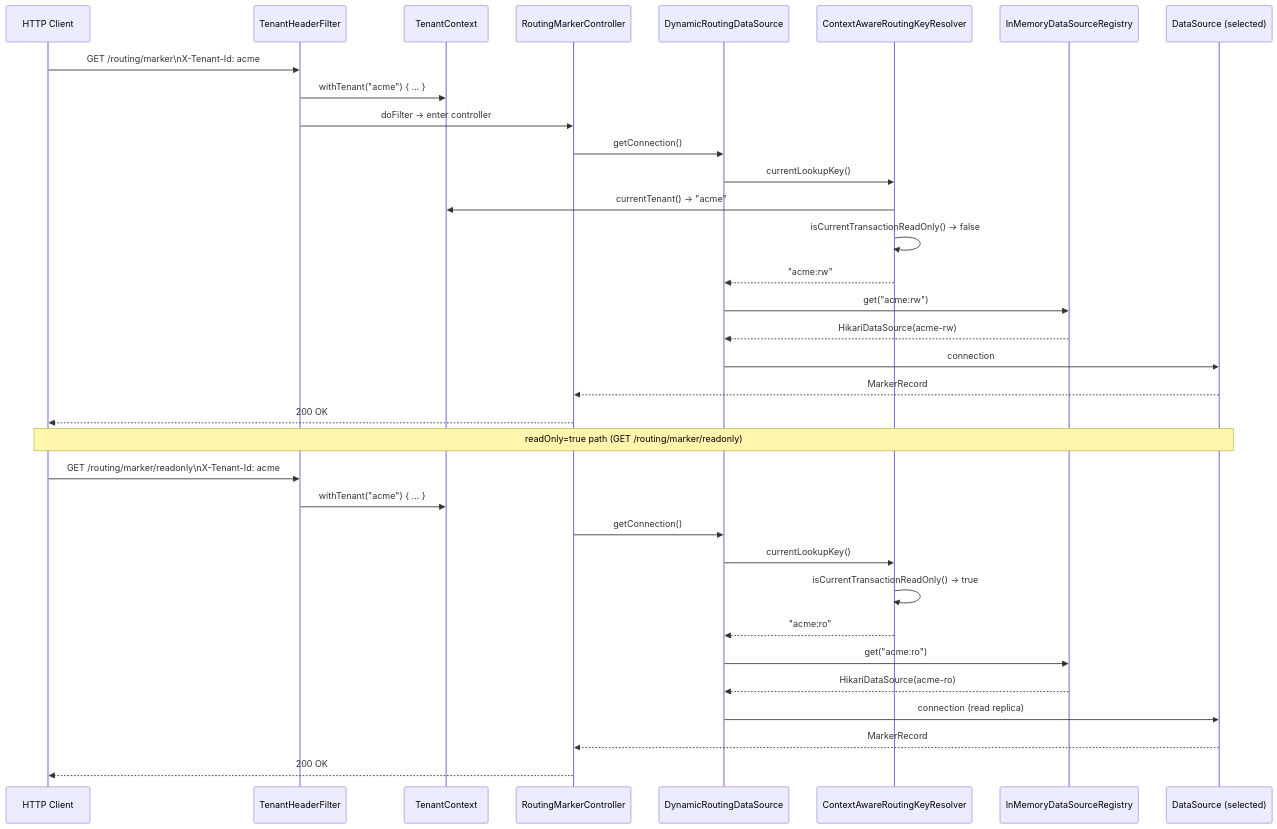
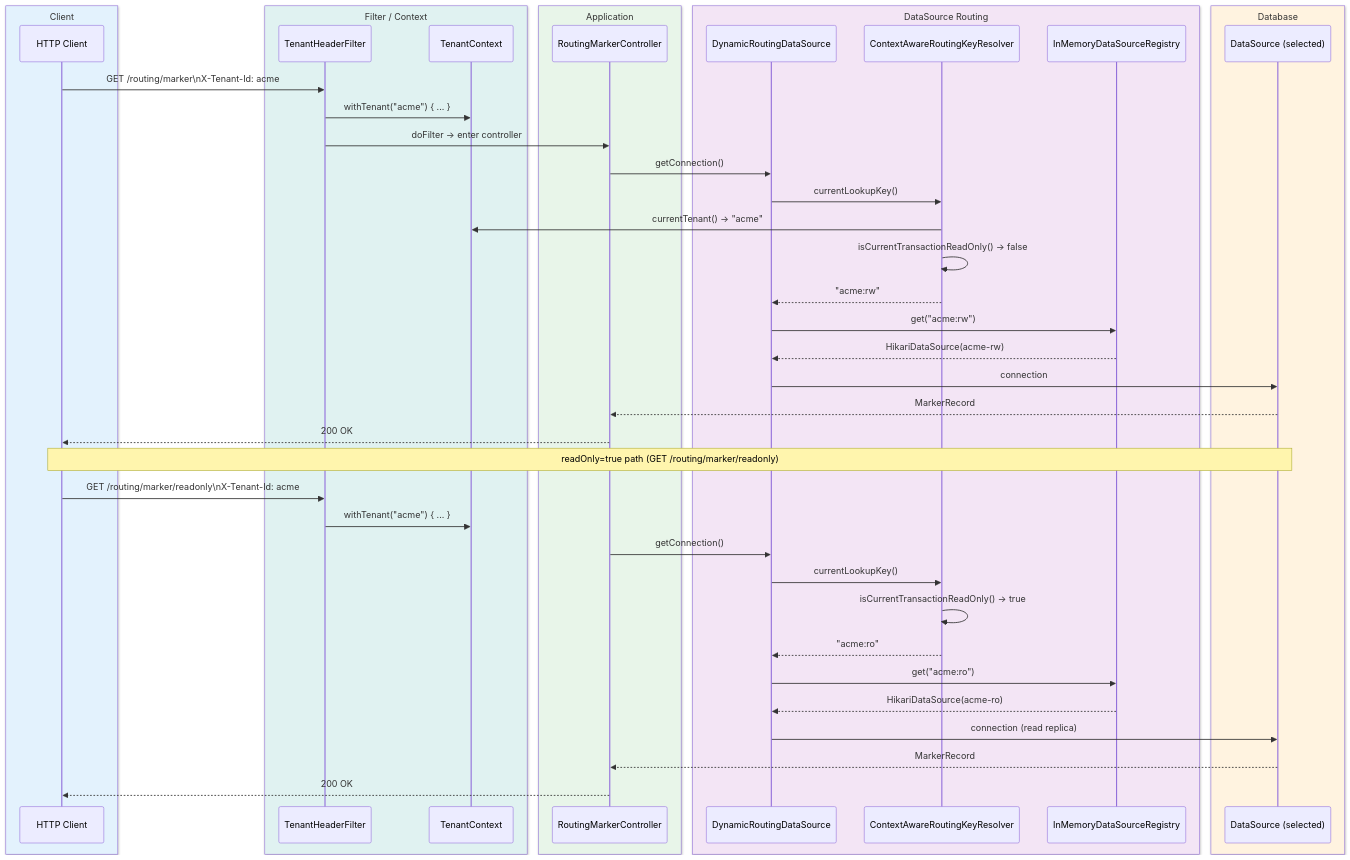
One commit to bluetape4k/exposed-workshop changed the third of 3 diagrams in 11-high-performance/03-routing-datasource/README.md. Above: the diagram before and after it, drawn with Mermaid. The commit also changed 43 other files, not shown here.

First line of the commit message:
docs: sequence diagram에 box rgb() 파스텔 영역 적용

````diff
--- a/11-high-performance/03-routing-datasource/README.md
+++ b/11-high-performance/03-routing-datasource/README.md
@@ -157,37 +157,47 @@
 ```mermaid
-%%{init: {"theme": "neutral", "themeVariables": {"fontFamily": "'Comic Mono', 'goorm sans code', 'JetBrains Mono', 'goorm sans'", "actorBkg": "#E3F2FD", "actorBorder": "#90CAF9", "actorTextColor": "#1565C0", "actorLineColor": "#90CAF9", "activationBkgColor": "#E8F5E9", "activationBorderColor": "#A5D6A7", "labelBoxBkgColor": "#FFF3E0", "labelBoxBorderColor": "#FFCC80", "labelTextColor": "#E65100", "loopTextColor": "#6A1B9A", "noteBkgColor": "#F3E5F5", "noteBorderColor": "#CE93D8", "noteTextColor": "#6A1B9A", "signalColor": "#1565C0", "signalTextColor": "#1565C0"}}}%%
+%%{init: {"theme": "neutral", "themeVariables": {"fontFamily": "'Comic Mono', 'goorm sans code', 'JetBrains Mono', 'goorm sans'"}}}%%
 sequenceDiagram
-    participant C as HTTP Client
-    participant F as TenantHeaderFilter
-    participant TC as TenantContext
-    participant Ctrl as RoutingMarkerController
-    participant DS as DynamicRoutingDataSource
-    participant KR as ContextAwareRoutingKeyResolver
-    participant Reg as InMemoryDataSourceRegistry
-    participant DB as DataSource (selected)
+    box rgb(227, 242, 253) Client
+        participant C as HTTP Client
+    end
+    box rgb(224, 242, 241) Filter / Context
+        participant F as TenantHeaderFilter
+        participant TC as TenantContext
+    end
+    box rgb(232, 245, 233) Application
+        participant Ctrl as RoutingMarkerController
+    end
+    box rgb(243, 229, 245) DataSource Routing
+        participant DS as DynamicRoutingDataSource
+        participant KR as ContextAwareRoutingKeyResolver
+        participant Reg as InMemoryDataSourceRegistry
+    end
+    box rgb(255, 243, 224) Database
+        participant DB as DataSource (selected)
+    end
     C ->> F: GET /routing/marker\nX-Tenant-Id: acme
     F ->> TC: withTenant("acme") { ... }
     F ->> Ctrl: doFilter → enter controller
     Ctrl ->> DS: getConnection()
     DS ->> KR: currentLookupKey()
     KR ->> TC: currentTenant() → "acme"
     KR ->> KR: isCurrentTransactionReadOnly() → false
     KR -->> DS: "acme:rw"
     DS ->> Reg: get("acme:rw")
     Reg -->> DS: HikariDataSource(acme-rw)
     DS ->> DB: connection
     DB -->> Ctrl: MarkerRecord
     Ctrl -->> C: 200 OK
     Note over C, DB: readOnly=true path (GET /routing/marker/readonly)
     C ->> F: GET /routing/marker/readonly\nX-Tenant-Id: acme
     F ->> TC: withTenant("acme") { ... }
     Ctrl ->> DS: getConnection()
     DS ->> KR: currentLookupKey()
     KR ->> KR: isCurrentTransactionReadOnly() → true
     KR -->> DS: "acme:ro"
     DS ->> Reg: get("acme:ro")
     Reg -->> DS: HikariDataSource(acme-ro)
     DS ->> DB: connection (read replica)
     DB -->> Ctrl: MarkerRecord
     Ctrl -->> C: 200 OK
 ```
````
